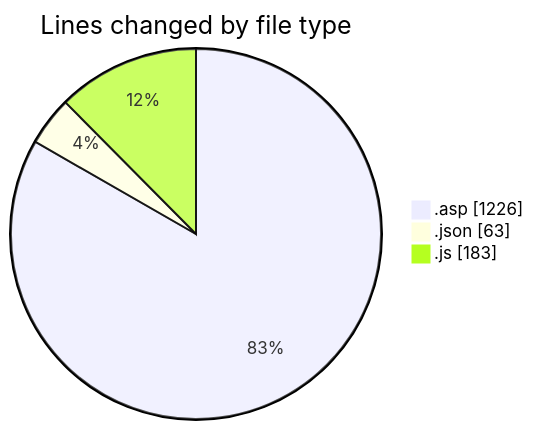
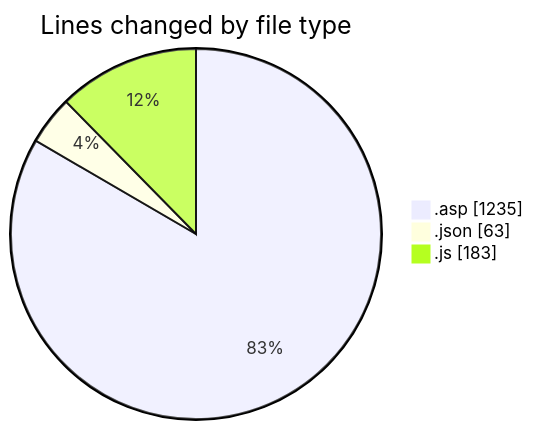
The first of 2 diagrams in 2025-10-20/usr_aleoudev_fr__workspace_/README.md (julien-gomy/code-tracking), drawn with Mermaid before and after one commit. The commit also changed other lines of this file and 1 other file, not shown here.

````diff
--- a/2025-10-20/usr_aleoudev_fr__workspace_/README.md
+++ b/2025-10-20/usr_aleoudev_fr__workspace_/README.md
@@ -24,7 +24,7 @@
 ```mermaid
 pie showData
 title Lines changed by file type
-".asp" : 1226
+".asp" : 1235
 ".json" : 63
 ".js" : 183
 ```
````
